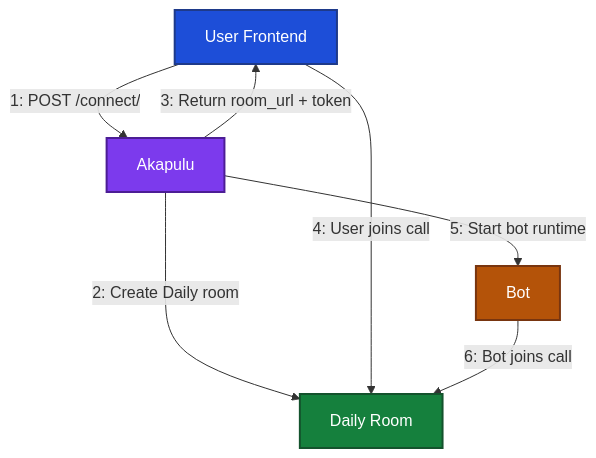
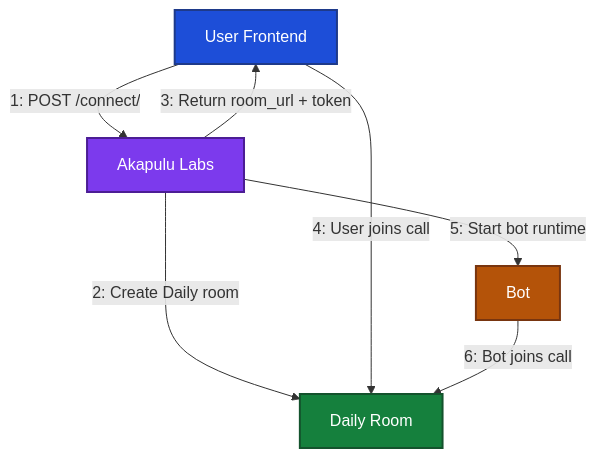
Before and after one commit to william-akapulu/docs: the diagram in guides/conversations/lifecycle.mdx, drawn with Mermaid. The commit also changed other lines of this file and 22 other files, not shown here.

````diff
--- a/guides/conversations/lifecycle.mdx
+++ b/guides/conversations/lifecycle.mdx
@@ -15,25 +15,25 @@
 ```mermaid
 flowchart TD
   USER[User Frontend]
-  AK[Akapulu]
+  AK[Akapulu Labs]
   ROOM[Daily Room]
   BOT[Bot]
 
   USER -->|1: POST /connect/| AK
   AK -->|2: Create Daily room| ROOM
   AK -->|3: Return room_url + token| USER
 
   USER -->|4: User joins call| ROOM
   AK -->|5: Start bot runtime| BOT
   BOT -->|6: Bot joins call| ROOM
 
   classDef user fill:#1d4ed8,color:#ffffff,stroke:#1e3a8a,stroke-width:2px;
   classDef backend fill:#7c3aed,color:#ffffff,stroke:#4c1d95,stroke-width:2px;
   classDef callNode fill:#15803d,color:#ffffff,stroke:#14532d,stroke-width:2px;
   classDef bot fill:#b45309,color:#ffffff,stroke:#78350f,stroke-width:2px;
 
   class USER user;
   class AK backend;
   class ROOM callNode;
   class BOT bot;
 ```
````
